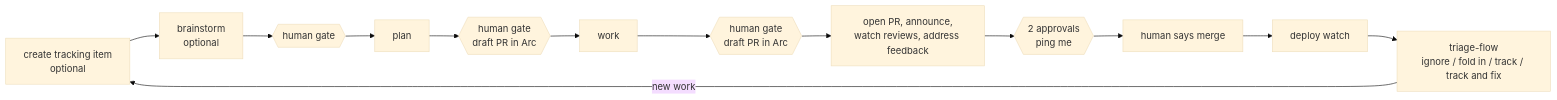
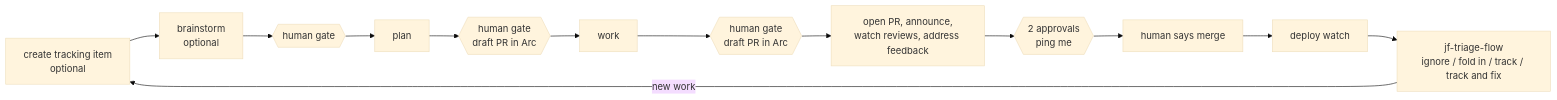
One commit to benjfactor/dotfiles changed the second of 2 diagrams in docs/plans/2026-08-28-001-feat-claude-plugin-packaging-plan.md. Above: the diagram before and after it, drawn with Mermaid (base theme). The commit also changed other lines of this file, not shown here.

````diff
--- a/docs/plans/2026-08-28-001-feat-claude-plugin-packaging-plan.md
+++ b/docs/plans/2026-08-28-001-feat-claude-plugin-packaging-plan.md
@@ -88,18 +90,18 @@
 ```mermaid
 flowchart LR
     T1["create tracking item<br/>optional"]
     BR["brainstorm<br/>optional"]
     G1{{"human gate"}}
     PL["plan"]
     G2{{"human gate<br/>draft PR in Arc"}}
     WK["work"]
     G3{{"human gate<br/>draft PR in Arc"}}
     RDY["open PR, announce,<br/>watch reviews, address feedback"]
     G4{{"2 approvals<br/>ping me"}}
     MRG["human says merge"]
     DEP["deploy watch"]
-    TRI["triage-flow<br/>ignore / fold in / track / track and fix"]
+    TRI["jf-triage-flow<br/>ignore / fold in / track / track and fix"]
 
     T1 --> BR --> G1 --> PL --> G2 --> WK --> G3 --> RDY --> G4 --> MRG --> DEP --> TRI
     TRI -->|new work| T1
 ```
````
